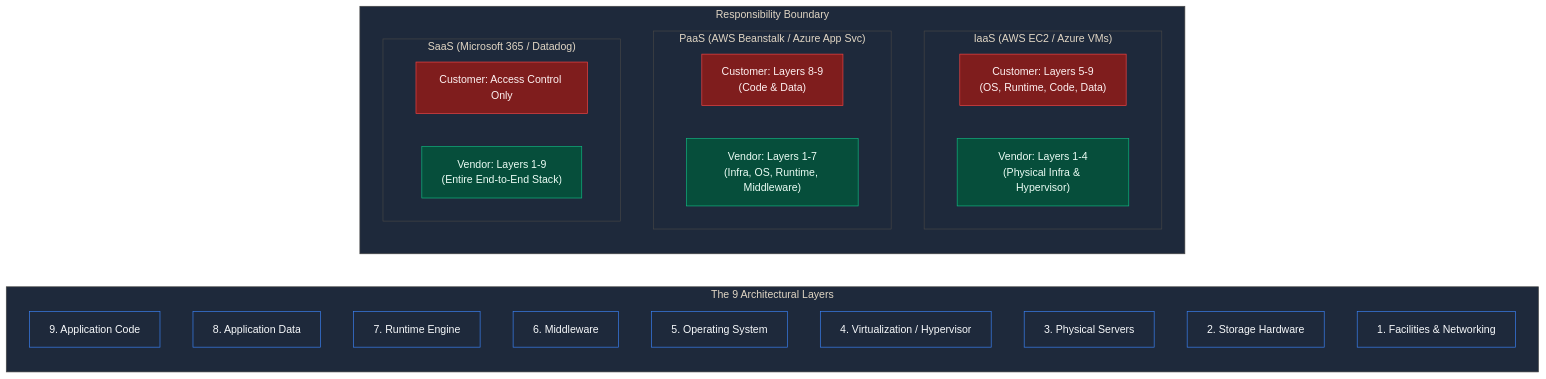
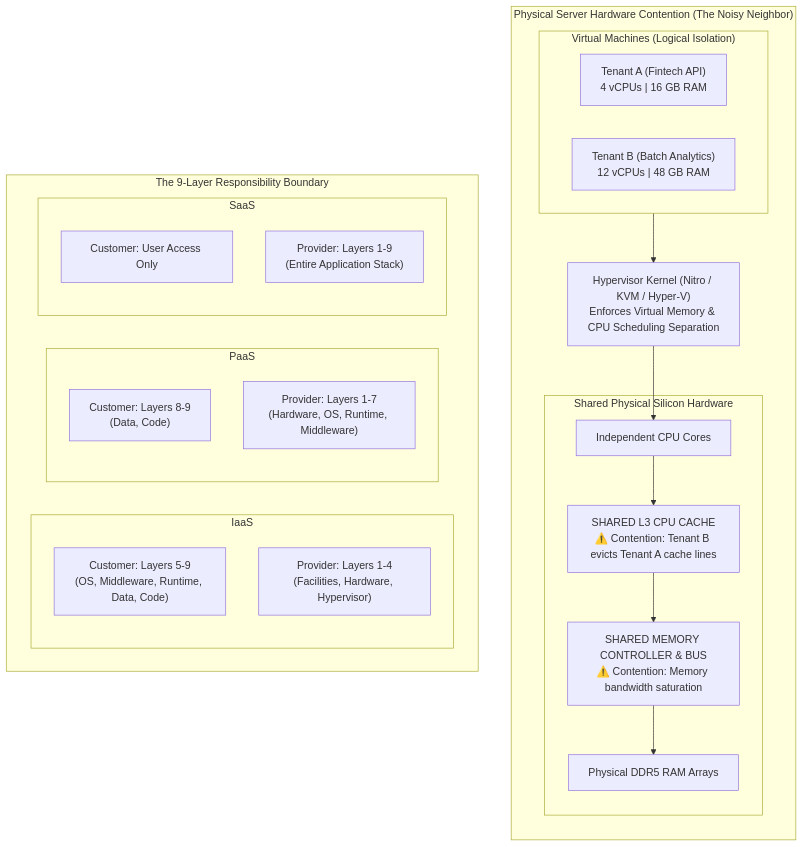
Before and after one commit to shreyash2601/bits-notes: the diagram in Cloud Computing/Lecture 2/Lecture_02_Notes.md, drawn with Mermaid. The commit also changed other lines of this file and 31 other files, not shown here.

````diff
--- a/Cloud Computing/Lecture 2/Lecture_02_Notes.md
+++ b/Cloud Computing/Lecture 2/Lecture_02_Notes.md
@@ -201,37 +95,41 @@
 ```mermaid
-%%{init: {'theme': 'base', 'themeVariables': { 'darkMode': true, 'background': '#0f172a', 'primaryColor': '#1e293b', 'primaryTextColor': '#f8fafc', 'primaryBorderColor': '#3b82f6', 'lineColor': '#60a5fa', 'secondaryColor': '#334155', 'tertiaryColor': '#1e293b' }}}%%
-graph LR
-    subgraph Stack["The 9 Architectural Layers"]
-        L9["9. Application Code"]
-        L8["8. Application Data"]
-        L7["7. Runtime Engine"]
-        L6["6. Middleware"]
-        L5["5. Operating System"]
-        L4["4. Virtualization / Hypervisor"]
-        L3["3. Physical Servers"]
-        L2["2. Storage Hardware"]
-        L1["1. Facilities & Networking"]
+flowchart TD
+    subgraph Silicon["Physical Server Hardware Contention (The Noisy Neighbor)"]
+        direction TB
+        subgraph Tenants["Virtual Machines (Logical Isolation)"]
+            T1["Tenant A (Fintech API)<br/>4 vCPUs | 16 GB RAM"]
+            T2["Tenant B (Batch Analytics)<br/>12 vCPUs | 48 GB RAM"]
+        end
+        
+        Hypervisor["Hypervisor Kernel (Nitro / KVM / Hyper-V)<br/>Enforces Virtual Memory & CPU Scheduling Separation"]
+        
+        subgraph Hardware["Shared Physical Silicon Hardware"]
+            Cores["Independent CPU Cores"]
+            L3["SHARED L3 CPU CACHE<br/>⚠️ Contention: Tenant B evicts Tenant A cache lines"]
+            Bus["SHARED MEMORY CONTROLLER & BUS<br/>⚠️ Contention: Memory bandwidth saturation"]
+            DRAM["Physical DDR5 RAM Arrays"]
+        end
+        
+        Tenants --> Hypervisor
+        Hypervisor --> Cores
+        Cores --> L3
+        L3 --> Bus
+        Bus --> DRAM
     end
 
-    subgraph Boundaries["Responsibility Boundary"]
-        subgraph IaaS["IaaS (AWS EC2 / Azure VMs)"]
-            I_Cust["Customer: Layers 5-9<br/>(OS, Runtime, Code, Data)"]
-            I_Vend["Vendor: Layers 1-4<br/>(Physical Infra & Hypervisor)"]
+    subgraph Stack["The 9-Layer Responsibility Boundary"]
+        direction LR
+        subgraph IaaS_B["IaaS"]
+            I_Cust["Customer: Layers 5-9<br/>(OS, Middleware, Runtime, Data, Code)"]
+            I_Vend["Provider: Layers 1-4<br/>(Facilities, Hardware, Hypervisor)"]
         end
-        subgraph PaaS["PaaS (AWS Beanstalk / Azure App Svc)"]
-            P_Cust["Customer: Layers 8-9<br/>(Code & Data)"]
-            P_Vend["Vendor: Layers 1-7<br/>(Infra, OS, Runtime, Middleware)"]
+        subgraph PaaS_B["PaaS"]
+            P_Cust["Customer: Layers 8-9<br/>(Data, Code)"]
+            P_Vend["Provider: Layers 1-7<br/>(Hardware, OS, Runtime, Middleware)"]
         end
-        subgraph SaaS["SaaS (Microsoft 365 / Datadog)"]
-            S_Cust["Customer: Access Control Only"]
-            S_Vend["Vendor: Layers 1-9<br/>(Entire End-to-End Stack)"]
+        subgraph SaaS_B["SaaS"]
+            S_Cust["Customer: User Access Only"]
+            S_Vend["Provider: Layers 1-9<br/>(Entire Application Stack)"]
         end
     end
-
-    style I_Cust fill:#7f1d1d,stroke:#ef4444,color:#fef2f2
-    style I_Vend fill:#064e3b,stroke:#10b981,color:#ecfdf5
-    style P_Cust fill:#7f1d1d,stroke:#ef4444,color:#fef2f2
-    style P_Vend fill:#064e3b,stroke:#10b981,color:#ecfdf5
-    style S_Cust fill:#7f1d1d,stroke:#ef4444,color:#fef2f2
-    style S_Vend fill:#064e3b,stroke:#10b981,color:#ecfdf5
 ```
````
